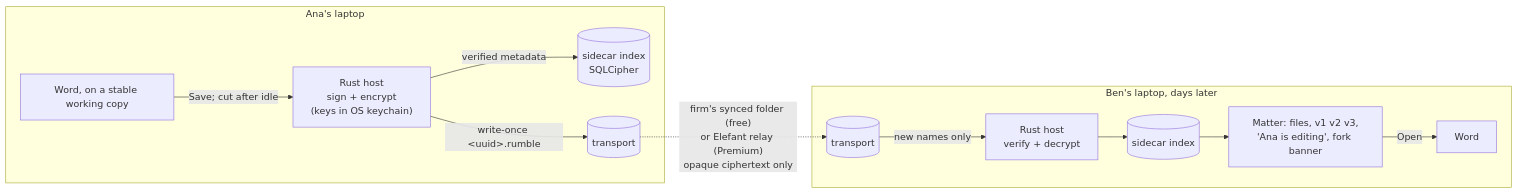
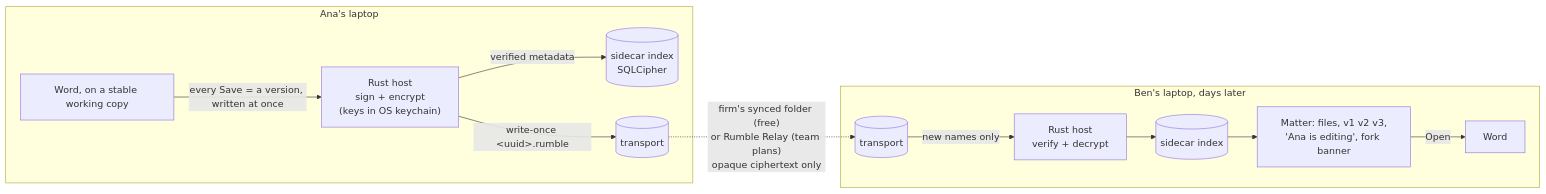
Before and after one commit to elegantelefant/rumble: the diagram in agent_docs/2026-11-17-team-sync-plan.md, drawn with Mermaid. The commit also changed other lines of this file, not shown here.

Commit message:
docs(sync): briefcase alignment, Drive/SharePoint rules, per-save versions, assurance decisions, Rumble Relay (Refs #21)

````diff
--- a/agent_docs/2026-11-17-team-sync-plan.md
+++ b/agent_docs/2026-11-17-team-sync-plan.md
@@ -161,15 +245,15 @@
 ```mermaid
 flowchart LR
   subgraph A["Ana's laptop"]
-    W1["Word, on a stable working copy"] -->|"Save; cut after idle"| H1["Rust host<br/>sign + encrypt<br/>(keys in OS keychain)"]
+    W1["Word, on a stable working copy"] -->|"every Save = a version, written at once"| H1["Rust host<br/>sign + encrypt<br/>(keys in OS keychain)"]
     H1 -->|verified metadata| S1[(sidecar index<br/>SQLCipher)]
     H1 -->|"write-once &lt;uuid&gt;.rumble"| T1[(transport)]
   end
-  T1 -. "firm's synced folder (free)<br/>or Elefant relay (Premium)<br/>opaque ciphertext only" .-> T2
+  T1 -. "firm's synced folder (free)<br/>or Rumble Relay (team plans)<br/>opaque ciphertext only" .-> T2
   subgraph B["Ben's laptop, days later"]
     T2[(transport)] -->|"new names only"| H2["Rust host<br/>verify + decrypt"]
     H2 --> S2[(sidecar index)]
     S2 --> UI["Matter: files, v1 v2 v3,<br/>'Ana is editing', fork banner"]
     UI -->|Open| W2[Word]
   end
 ```
````
